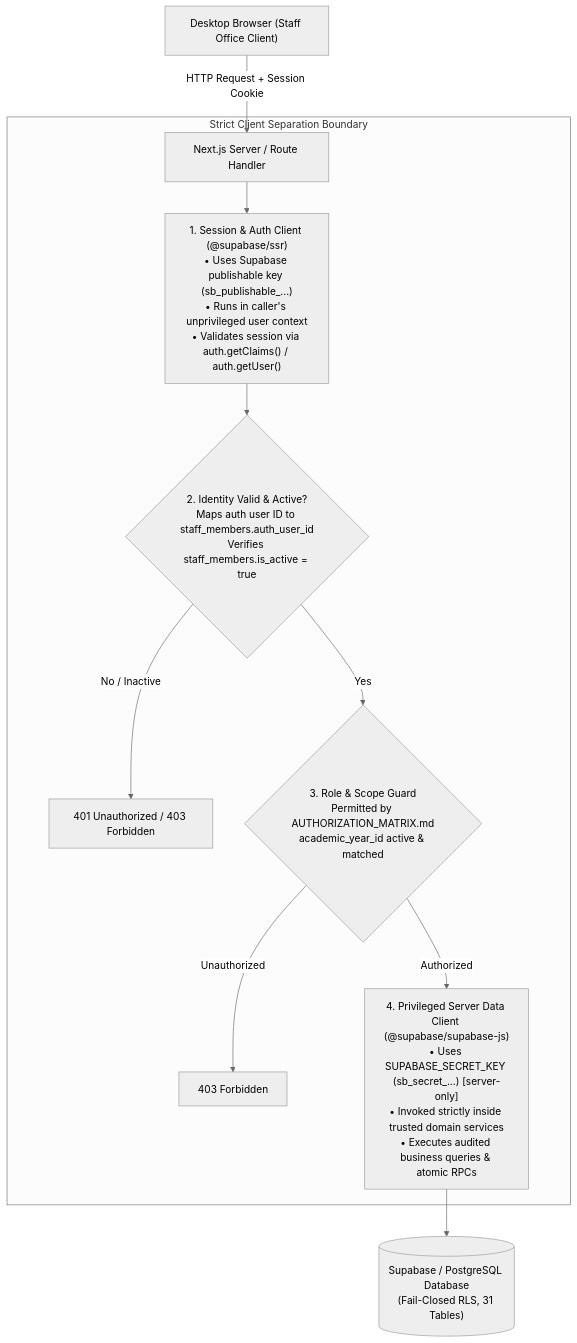
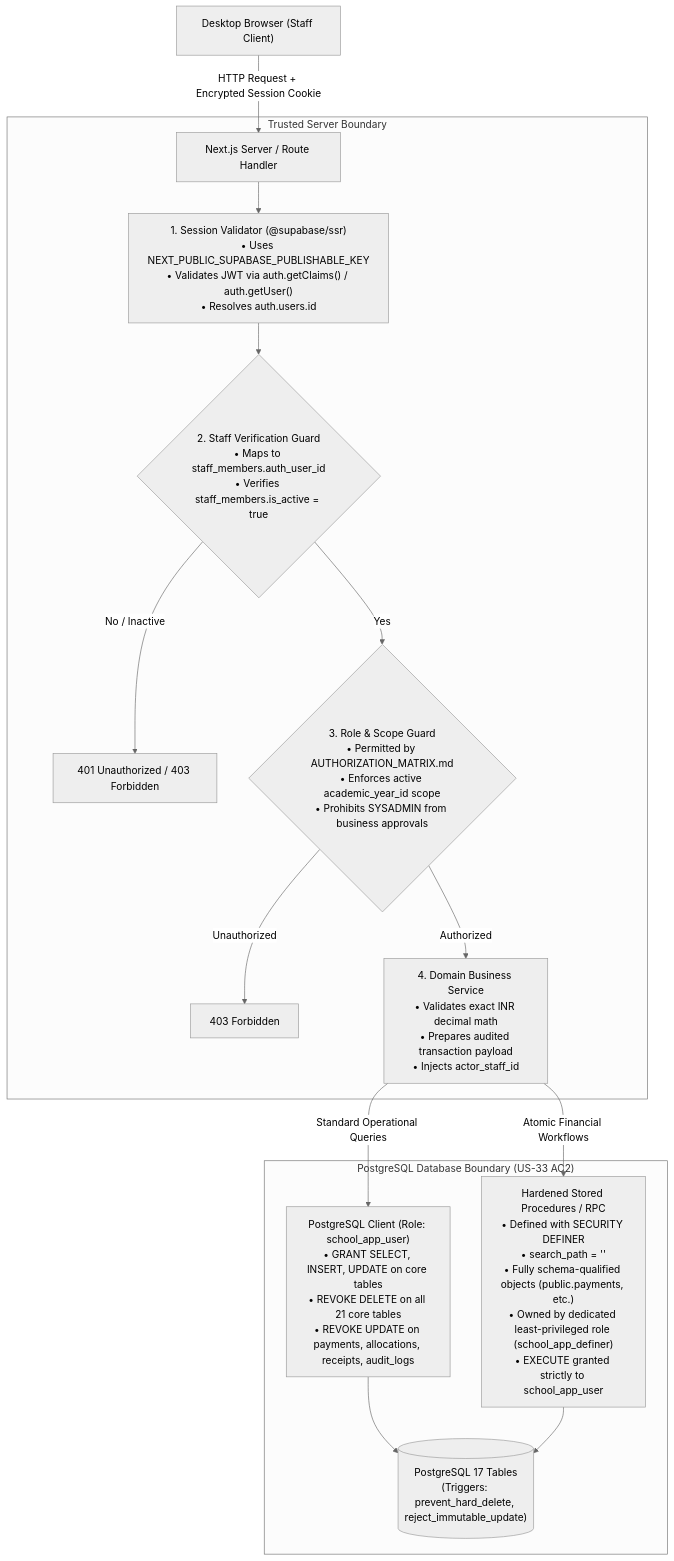
The diagram in docs/adr/ADR-001-modular-monolith.md (Intallo/Admission-Fee-Management-Portal), drawn with Mermaid (neutral theme) before and after one commit. The commit also changed other lines of this file and 17 other files, not shown here.

Commit message:
feat(phase1): lock architecture, complete database audit, and define domain contracts

````diff
--- a/docs/adr/ADR-001-modular-monolith.md
+++ b/docs/adr/ADR-001-modular-monolith.md
@@ -76,19 +76,26 @@
 ```mermaid
 flowchart TD
-    Browser["Desktop Browser (Staff Office Client)"]
-    -->|HTTP Request + Session Cookie| NextServer["Next.js Server / Route Handler"]
+    Browser["Desktop Browser (Staff Client)"]
+    -->|HTTP Request + Encrypted Session Cookie| NextServer["Next.js Server / Route Handler"]
 
-    subgraph ClientSeparation ["Strict Client Separation Boundary"]
-        NextServer --> SSRClient["1. Session & Auth Client (@supabase/ssr)<br>• Uses Supabase publishable key (sb_publishable_...)<br>• Runs in caller's unprivileged user context<br>• Validates session via auth.getClaims() / auth.getUser()"]
+    subgraph ServerSecurityBoundary ["Trusted Server Boundary"]
+        NextServer --> SSRClient["1. Session Validator (@supabase/ssr)<br>• Uses NEXT_PUBLIC_SUPABASE_PUBLISHABLE_KEY<br>• Validates JWT via auth.getClaims() / auth.getUser()<br>• Resolves auth.users.id"]
         
-        SSRClient --> AuthGuard{"2. Identity Valid & Active?<br>Maps auth user ID to staff_members.auth_user_id<br>Verifies staff_members.is_active = true"}
+        SSRClient --> AuthGuard{"2. Staff Verification Guard<br>• Maps to staff_members.auth_user_id<br>• Verifies staff_members.is_active = true"}
         AuthGuard -->|No / Inactive| Reject["401 Unauthorized / 403 Forbidden"]
         
-        AuthGuard -->|Yes| RBACGuard{"3. Role & Scope Guard<br>Permitted by AUTHORIZATION_MATRIX.md<br>academic_year_id active & matched"}
+        AuthGuard -->|Yes| RBACGuard{"3. Role & Scope Guard<br>• Permitted by AUTHORIZATION_MATRIX.md<br>• Enforces active academic_year_id scope<br>• Prohibits SYSADMIN from business approvals"}
         RBACGuard -->|Unauthorized| Deny["403 Forbidden"]
         
-        RBACGuard -->|Authorized| DataClient["4. Privileged Server Data Client (@supabase/supabase-js)<br>• Uses SUPABASE_SECRET_KEY (sb_secret_...) [server-only]<br>• Invoked strictly inside trusted domain services<br>• Executes audited business queries & atomic RPCs"]
+        RBACGuard -->|Authorized| DomainService["4. Domain Business Service<br>• Validates exact INR decimal math<br>• Prepares audited transaction payload<br>• Injects actor_staff_id"]
     end
 
-    DataClient --> PostgreSQL[("Supabase / PostgreSQL Database<br>(Fail-Closed RLS, 31 Tables)")]
+    subgraph DatabaseSecurityBoundary ["PostgreSQL Database Boundary (US-33 AC2)"]
+        DomainService -->|Standard Operational Queries| AppRoleClient["PostgreSQL Client (Role: school_app_user)<br>• GRANT SELECT, INSERT, UPDATE on core tables<br>• REVOKE DELETE on all 21 core tables<br>• REVOKE UPDATE on payments, allocations, receipts, audit_logs"]
+        
+        DomainService -->|Atomic Financial Workflows| HardenedRPC["Hardened Stored Procedures / RPC<br>• Defined with SECURITY DEFINER<br>• search_path = ''<br>• Fully schema-qualified objects (public.payments, etc.)<br>• Owned by dedicated least-privileged role (school_app_definer)<br>• EXECUTE granted strictly to school_app_user"]
+        
+        AppRoleClient --> PostgreSQLTables[("PostgreSQL 17 Tables<br>(Triggers: prevent_hard_delete, reject_immutable_update)")]
+        HardenedRPC --> PostgreSQLTables
+    end
 ```
````
